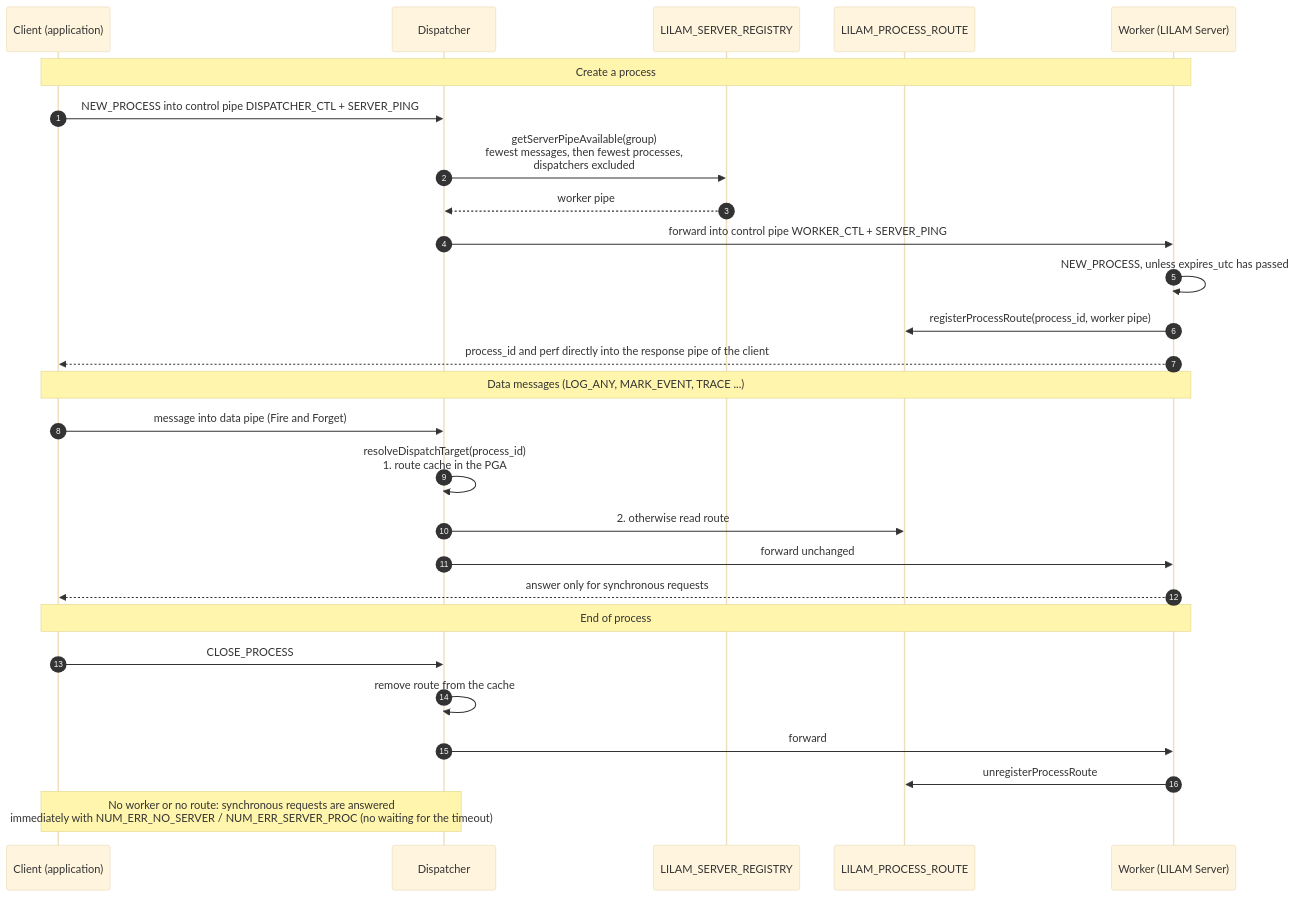
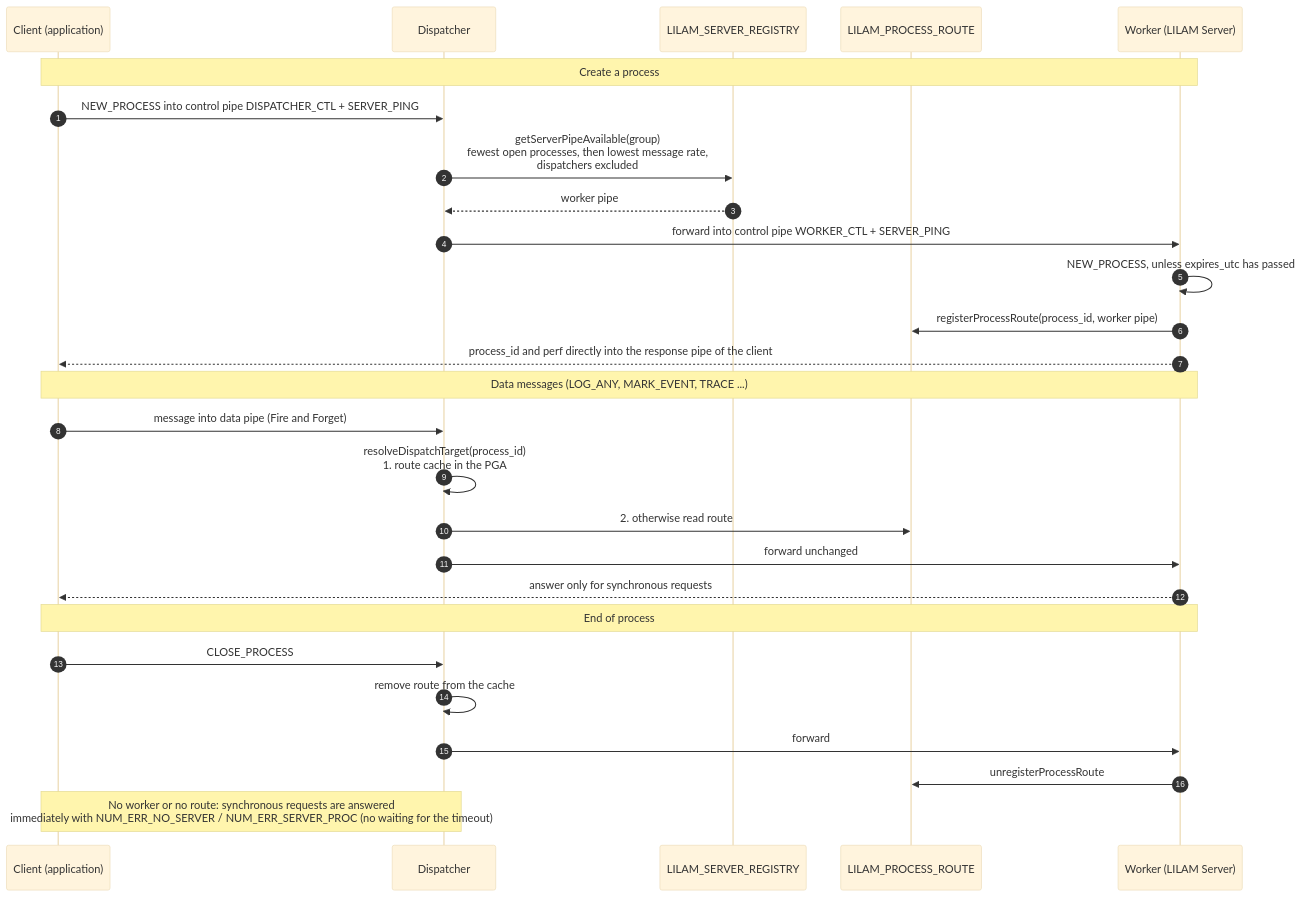
One commit to dirkgermany/LILAM changed the third of 4 diagrams in docs/architecture and concepts.md. Above: the diagram before and after it, drawn with Mermaid (base theme). The commit also changed other lines of this file and 6 other files, not shown here.

````diff
--- a/docs/architecture and concepts.md
+++ b/docs/architecture and concepts.md
@@ -444,33 +446,33 @@
 ```mermaid
 sequenceDiagram
     autonumber
     participant C as Client (application)
     participant D as Dispatcher
     participant R as LILAM_SERVER_REGISTRY
     participant RT as LILAM_PROCESS_ROUTE
     participant W as Worker (LILAM Server)
 
     Note over C,W: Create a process
     C->>D: NEW_PROCESS into control pipe DISPATCHER_CTL + SERVER_PING
-    D->>R: getServerPipeAvailable(group)<br/>fewest messages, then fewest processes,<br/>dispatchers excluded
+    D->>R: getServerPipeAvailable(group)<br/>fewest open processes, then lowest message rate,<br/>dispatchers excluded
     R-->>D: worker pipe
     D->>W: forward into control pipe WORKER_CTL + SERVER_PING
     W->>W: NEW_PROCESS, unless expires_utc has passed
     W->>RT: registerProcessRoute(process_id, worker pipe)
     W-->>C: process_id and perf directly into the response pipe of the client
 
     Note over C,W: Data messages (LOG_ANY, MARK_EVENT, TRACE ...)
     C->>D: message into data pipe (Fire and Forget)
     D->>D: resolveDispatchTarget(process_id)<br/>1. route cache in the PGA
     D->>RT: 2. otherwise read route
     D->>W: forward unchanged
     W-->>C: answer only for synchronous requests
 
     Note over C,W: End of process
     C->>D: CLOSE_PROCESS
     D->>D: remove route from the cache
     D->>W: forward
     W->>RT: unregisterProcessRoute
 
     Note over D,C: No worker or no route: synchronous requests are answered<br/>immediately with NUM_ERR_NO_SERVER / NUM_ERR_SERVER_PROC (no waiting for the timeout)
 ```
````
